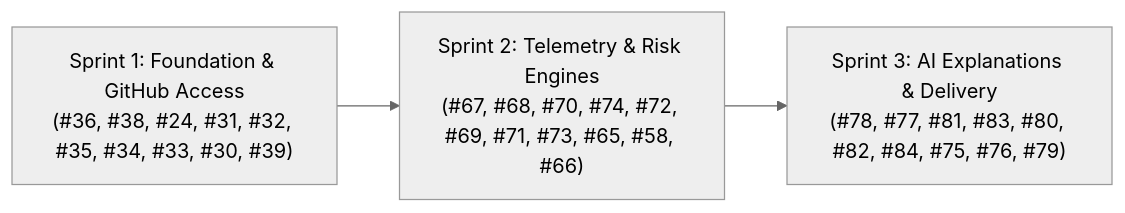
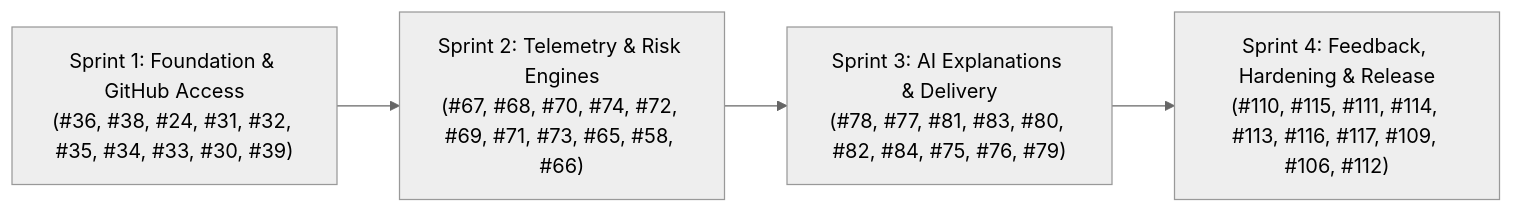
Before and after one commit to OpenTirZ/Ai-Software-Project-Health-and-Risk-Analyzer: the diagram in sprint-issue-roadmap/README.md, drawn with Mermaid (neutral theme). The commit also changed other lines of this file and 4 other files, not shown here.

Commit message:
docs(roadmap): update sprint 1-4 completion checklists and synchronize live GitHub issue statuses

````diff
--- a/sprint-issue-roadmap/README.md
+++ b/sprint-issue-roadmap/README.md
@@ -25,8 +27,9 @@
 ```mermaid
 flowchart LR
     S1["Sprint 1: Foundation & GitHub Access<br/>(#36, #38, #24, #31, #32, #35, #34, #33, #30, #39)"]
     S2["Sprint 2: Telemetry & Risk Engines<br/>(#67, #68, #70, #74, #72, #69, #71, #73, #65, #58, #66)"]
     S3["Sprint 3: AI Explanations & Delivery<br/>(#78, #77, #81, #83, #80, #82, #84, #75, #76, #79)"]
+    S4["Sprint 4: Feedback, Hardening & Release<br/>(#110, #115, #111, #114, #113, #116, #117, #109, #106, #112)"]
 
-    S1 --> S2 --> S3
+    S1 --> S2 --> S3 --> S4
 ```
````
